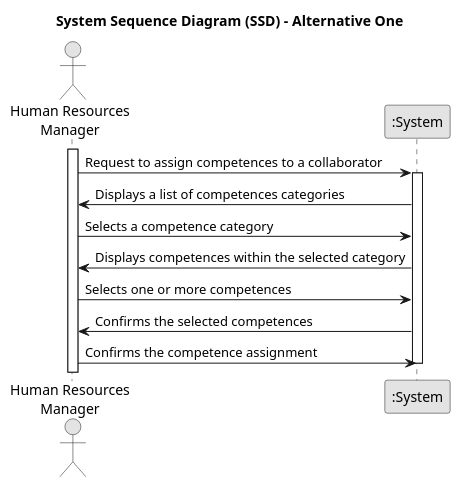
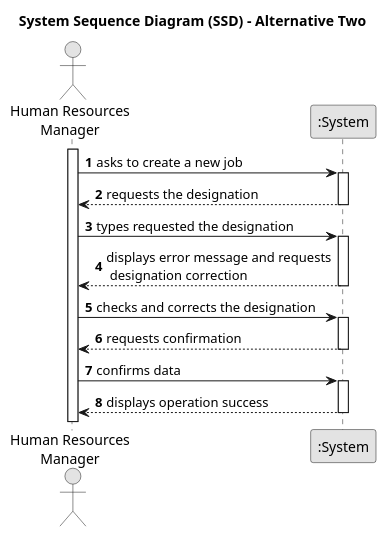
Before and after one commit to diogoveirospro/lei-24-s2-1dg-g072: the diagram in docs/sprintA/us002/01.requirements-engineering/puml/us002-system-sequence-diagram-alternative-two.puml, drawn with PlantUML. The commit also changed 14 other files, not shown here.

```diff
--- a/docs/sprintA/us002/01.requirements-engineering/puml/us002-system-sequence-diagram-alternative-two.puml
+++ b/docs/sprintA/us002/01.requirements-engineering/puml/us002-system-sequence-diagram-alternative-two.puml
@@ -1,24 +1,39 @@
 @startuml
 skinparam monochrome true
 skinparam packageStyle rectangle
 skinparam shadowing false
 
-title System Sequence Diagram (SSD) - Alternative One
+title System Sequence Diagram (SSD) - Alternative Two
+
+autonumber
 
 actor "Human Resources\nManager" as HRM
 participant ":System" as System
 
 activate HRM
 
-HRM -> System: Request to assign competences to a collaborator
-activate System
+    HRM -> System : asks to create a new job
+    activate System
 
-System -> HRM: Displays a list of competences categories
-HRM -> System: Selects a competence category
-System -> HRM: Displays competences within the selected category
-HRM -> System: Selects one or more competences
-System -> HRM: Confirms the selected competences
-HRM -> System: Confirms the competence assignment
-deactivate System
+        System --> HRM : requests the designation
+    deactivate System
+
+    HRM -> System : types requested the designation
+    activate System
+
+        System --> HRM : displays error message and requests\n designation correction
+    deactivate System
+
+    HRM -> System : checks and corrects the designation
+    activate System
+
+        System --> HRM : requests confirmation
+    deactivate System
+
+    HRM -> System : confirms data
+    activate System
+
+        System --> HRM : displays operation success
+    deactivate System
 
 @enduml
```
